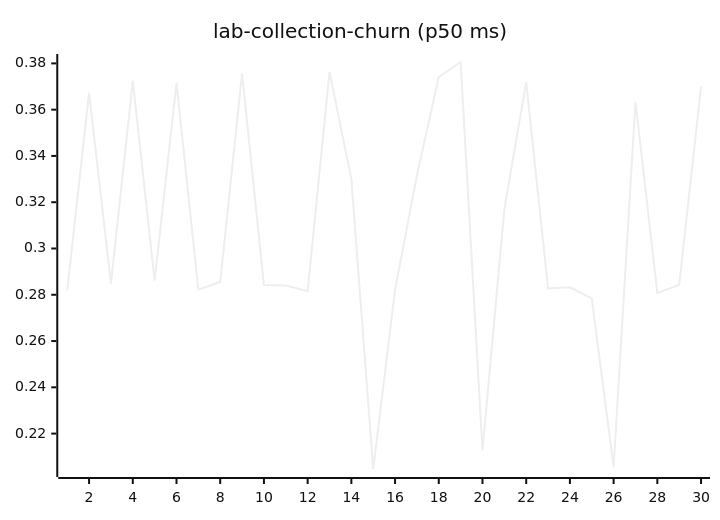
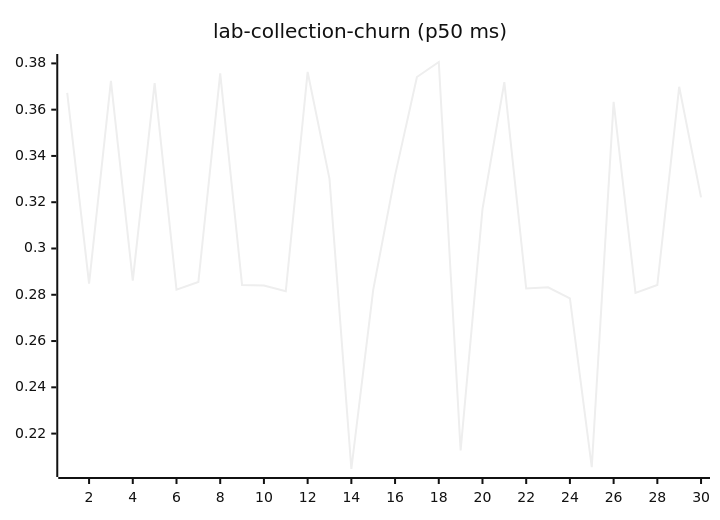
One commit to josha/Facet changed diagram 11 of 27 in README.md. Above: the diagram before and after it, drawn with Mermaid (neutral theme). The commit also changed other lines of this file and 2 other files, not shown here.

````diff
--- a/README.md
+++ b/README.md
@@ -133,6 +133,6 @@
 ```mermaid
 xychart-beta
     title "lab-collection-churn (p50 ms)"
     x-axis 1 --> 30
-    line [0.2818, 0.3673, 0.2848, 0.3724, 0.2861, 0.3715, 0.2822, 0.2855, 0.3757, 0.2842, 0.2840, 0.2815, 0.3763, 0.3301, 0.2047, 0.2821, 0.3316, 0.3741, 0.3806, 0.2127, 0.3170, 0.3719, 0.2827, 0.2832, 0.2784, 0.2055, 0.3634, 0.2808, 0.2842, 0.3699]
+    line [0.3673, 0.2848, 0.3724, 0.2861, 0.3715, 0.2822, 0.2855, 0.3757, 0.2842, 0.2840, 0.2815, 0.3763, 0.3301, 0.2047, 0.2821, 0.3316, 0.3741, 0.3806, 0.2127, 0.3170, 0.3719, 0.2827, 0.2832, 0.2784, 0.2055, 0.3634, 0.2808, 0.2842, 0.3699, 0.3221]
 ```
````
